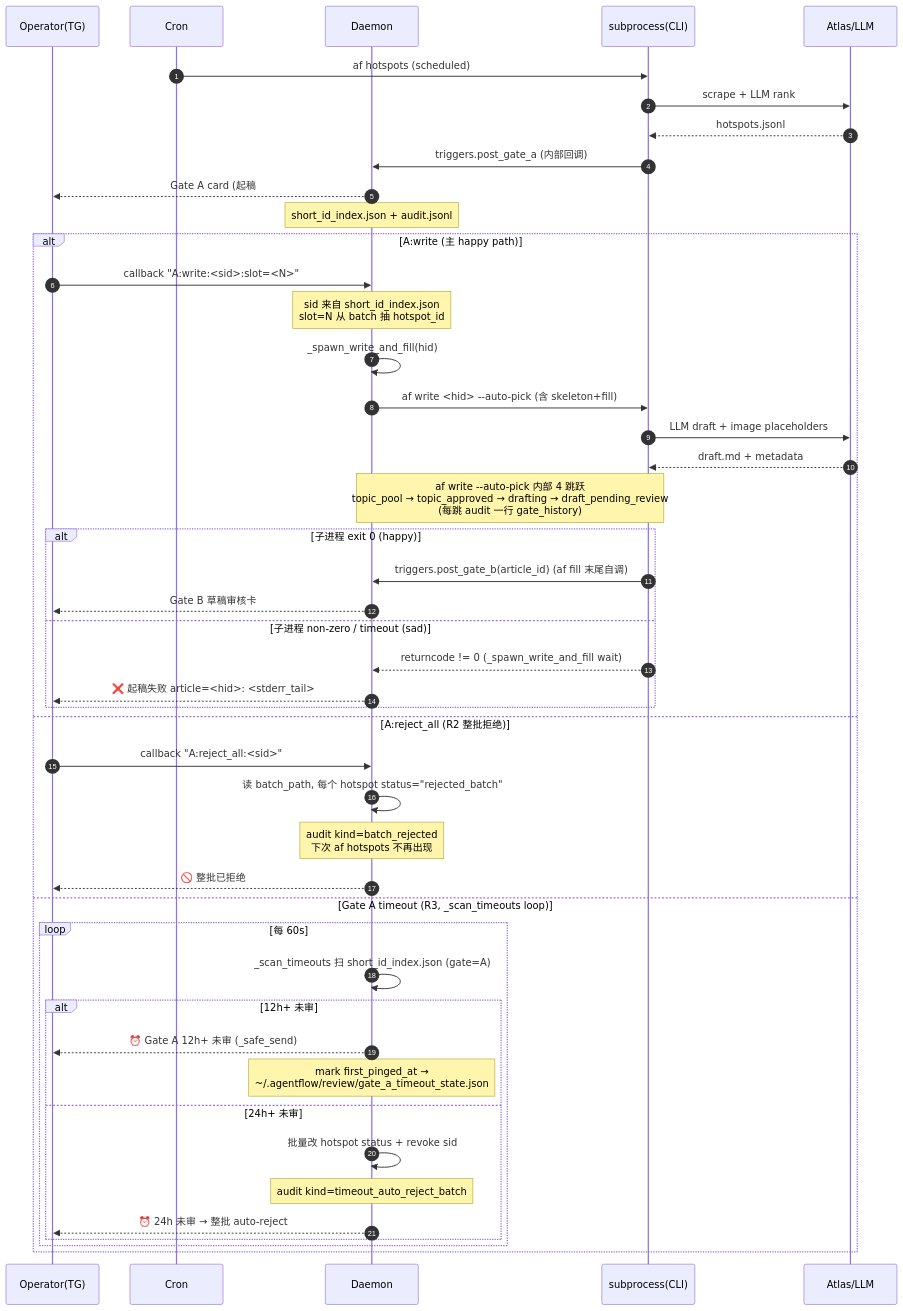
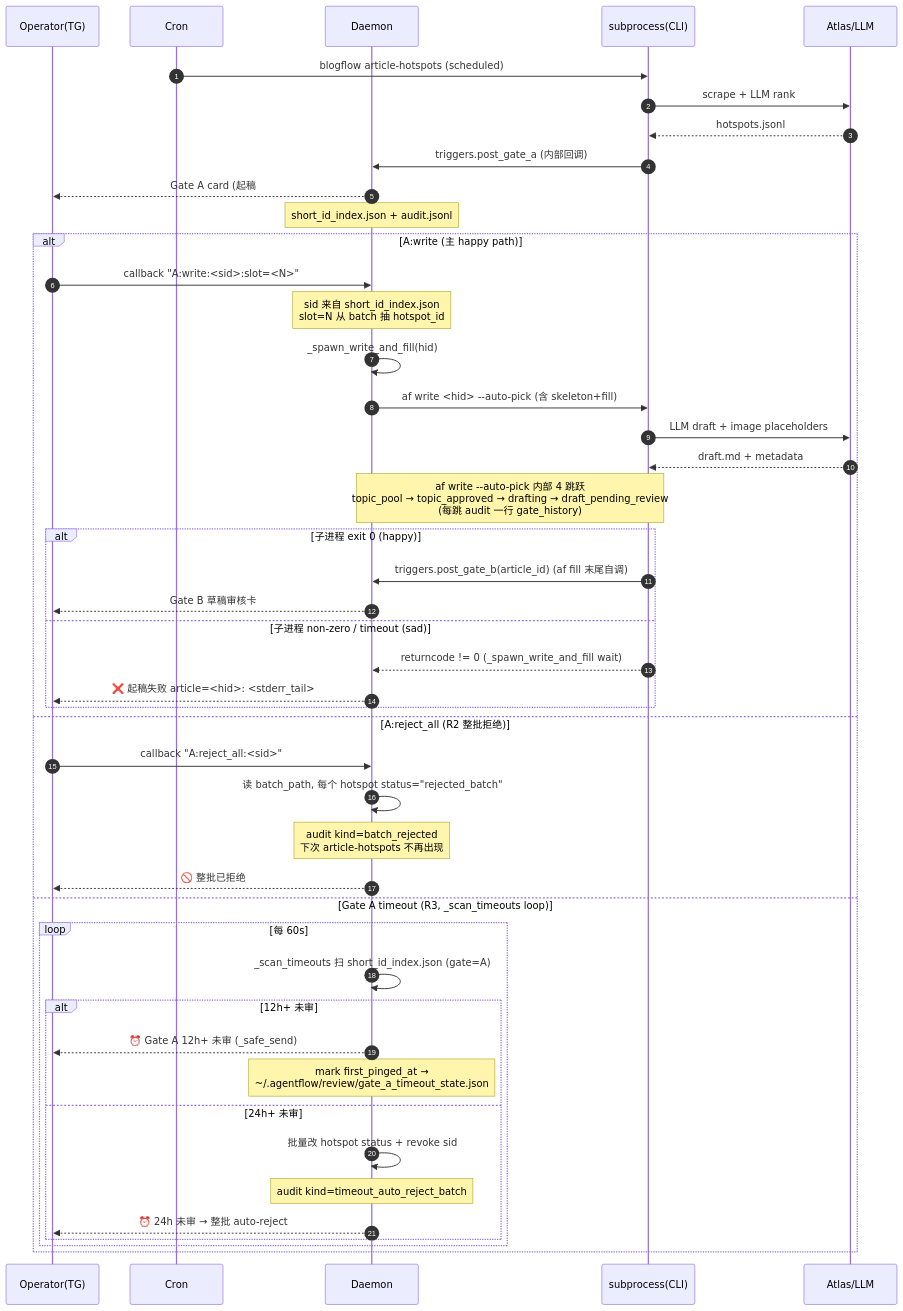
Before and after one commit to witness1993x/agentflow-article-publishing: the fourth of 23 diagrams in docs/flows/USER_SCENARIOS.md, drawn with Mermaid. The commit also changed other lines of this file and 72 other files, not shown here.

First line of the commit message:
lark-parity: snapshot from agentflow-article-publishing v1.1.9 + WIP blogflow rename

````diff
--- a/docs/flows/USER_SCENARIOS.md
+++ b/docs/flows/USER_SCENARIOS.md
@@ -135,48 +142,48 @@
 ```mermaid
 sequenceDiagram
     autonumber
     participant Op as Operator(TG)
     participant Cron
     participant Daemon
     participant CLI as subprocess(CLI)
     participant Ext as Atlas/LLM
-    Cron->>CLI: af hotspots (scheduled)
+    Cron->>CLI: blogflow article-hotspots (scheduled)
     CLI->>Ext: scrape + LLM rank
     Ext-->>CLI: hotspots.jsonl
     CLI->>Daemon: triggers.post_gate_a (内部回调)
     Daemon-->>Op: Gate A card (起稿 #1..#N)
     Note over Daemon: short_id_index.json + audit.jsonl
     alt A:write (主 happy path)
         Op->>Daemon: callback "A:write:<sid>:slot=<N>"
         Note over Daemon: sid 来自 short_id_index.json<br/>slot=N 从 batch 抽 hotspot_id
         Daemon->>Daemon: _spawn_write_and_fill(hid)
         Daemon->>CLI: af write <hid> --auto-pick (含 skeleton+fill)
         CLI->>Ext: LLM draft + image placeholders
         Ext-->>CLI: draft.md + metadata
         Note over CLI,Daemon: af write --auto-pick 内部 4 跳跃<br/>topic_pool → topic_approved → drafting → draft_pending_review<br/>(每跳 audit 一行 gate_history)
         alt 子进程 exit 0 (happy)
             CLI->>Daemon: triggers.post_gate_b(article_id) (af fill 末尾自调)
             Daemon-->>Op: Gate B 草稿审核卡
         else 子进程 non-zero / timeout (sad)
             CLI-->>Daemon: returncode != 0 (_spawn_write_and_fill wait)
             Daemon-->>Op: ❌ 起稿失败 article=<hid>: <stderr_tail>
         end
     else A:reject_all (R2 整批拒绝)
         Op->>Daemon: callback "A:reject_all:<sid>"
         Daemon->>Daemon: 读 batch_path, 每个 hotspot status="rejected_batch"
-        Note over Daemon: audit kind=batch_rejected<br/>下次 af hotspots 不再出现
+        Note over Daemon: audit kind=batch_rejected<br/>下次 article-hotspots 不再出现
         Daemon-->>Op: 🚫 整批已拒绝
     else Gate A timeout (R3, _scan_timeouts loop)
         loop 每 60s
             Daemon->>Daemon: _scan_timeouts 扫 short_id_index.json (gate=A)
             alt 12h+ 未审
                 Daemon-->>Op: ⏰ Gate A 12h+ 未审 (_safe_send)
                 Note over Daemon: mark first_pinged_at →<br/>~/.agentflow/review/gate_a_timeout_state.json
             else 24h+ 未审
                 Daemon->>Daemon: 批量改 hotspot status + revoke sid
                 Note over Daemon: audit kind=timeout_auto_reject_batch
                 Daemon-->>Op: ⏰ 24h 未审 → 整批 auto-reject
             end
         end
     end
 ```
````
